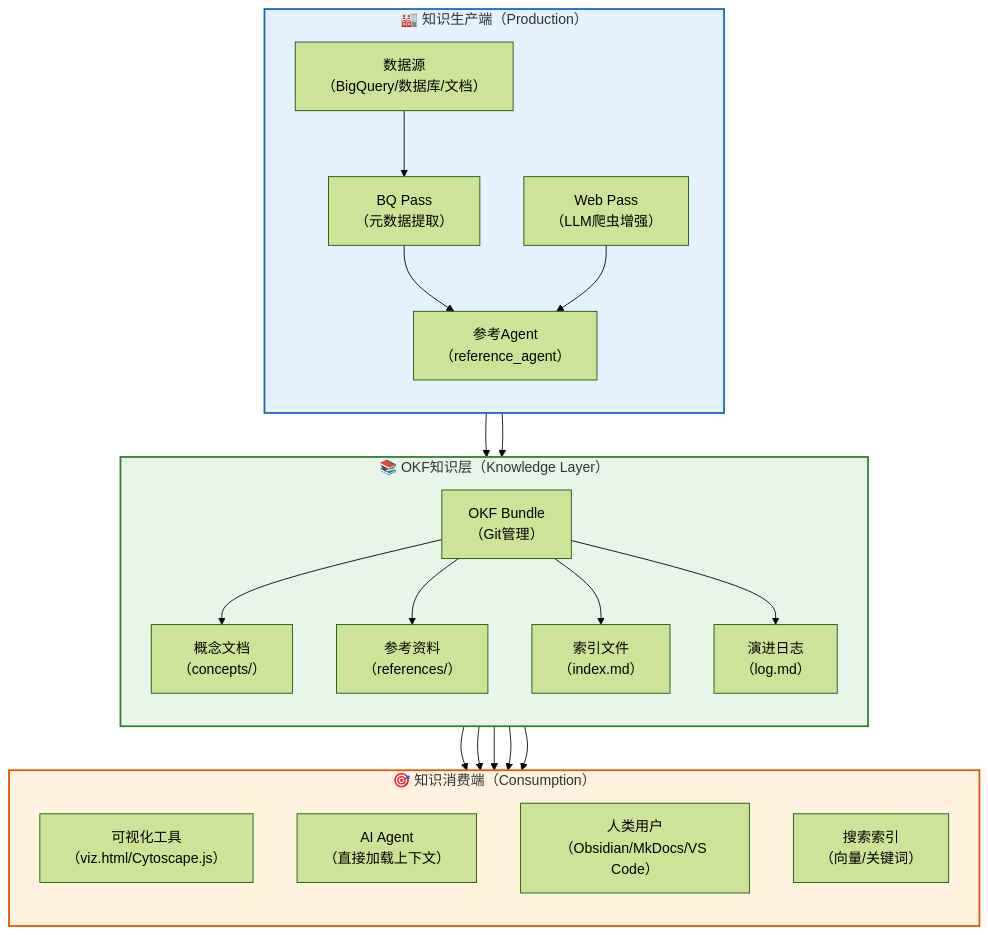
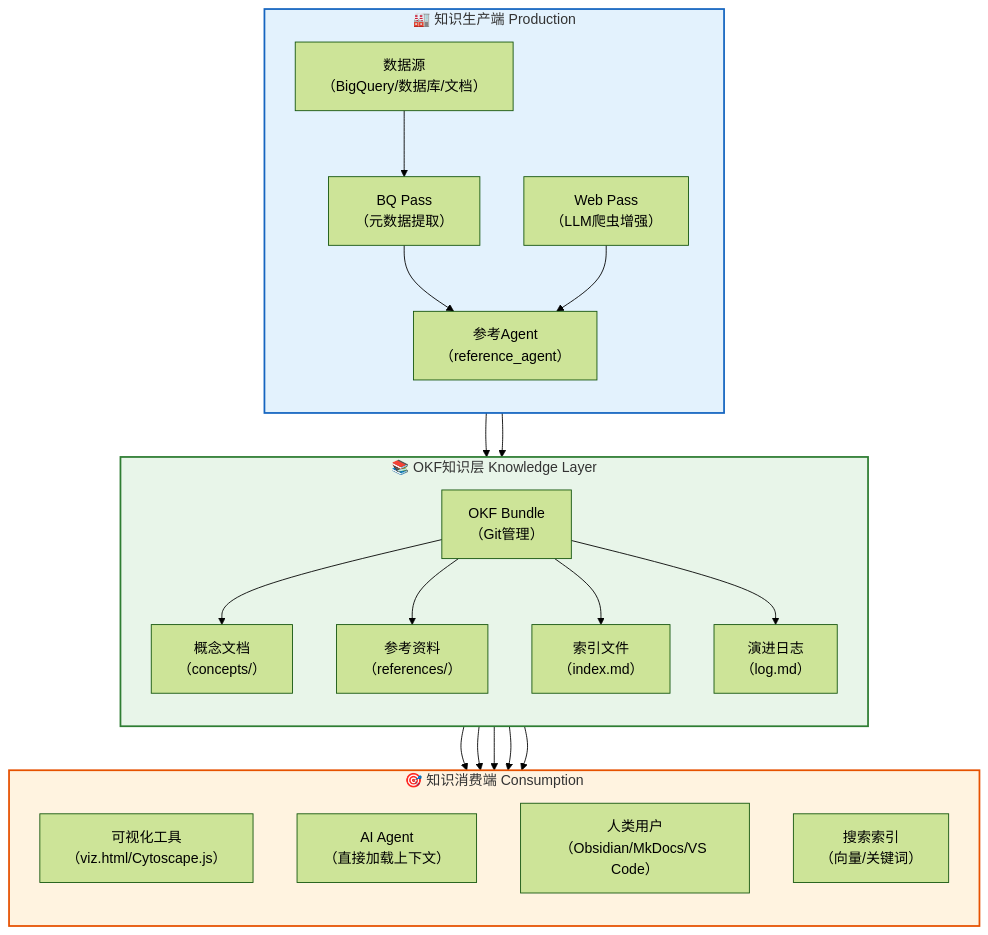
One commit to xinetzone/SpecWeave changed the first of 2 diagrams in .agents/docs/knowledge/learning/01-agent-protocols-interfaces/knowledge-catalog-wiki/00-overview.md. Above: the diagram before and after it, drawn with Mermaid (forest theme). The commit also changed 3 other files, not shown here.

First line of the commit message:
fix(mermaid): 修复knowledge-catalog-wiki中9个Mermaid图表渲染兼容性问题

````diff
--- a/.agents/docs/knowledge/learning/01-agent-protocols-interfaces/knowledge-catalog-wiki/00-overview.md
+++ b/.agents/docs/knowledge/learning/01-agent-protocols-interfaces/knowledge-catalog-wiki/00-overview.md
@@ -110,49 +110,49 @@
 ```mermaid
 flowchart TB
-    subgraph 生产端["🏭 知识生产端（Production）"]
+    subgraph Producers["🏭 知识生产端 Production"]
         direction TB
         Sources["数据源<br/>（BigQuery/数据库/文档）"]
         BQPass["BQ Pass<br/>（元数据提取）"]
         WebPass["Web Pass<br/>（LLM爬虫增强）"]
         RefAgent["参考Agent<br/>（reference_agent）"]
     end
     
-    subgraph 知识层["📚 OKF知识层（Knowledge Layer）"]
+    subgraph KnowledgeLayer["📚 OKF知识层 Knowledge Layer"]
         direction TB
         Bundle["OKF Bundle<br/>（Git管理）"]
         Concepts["概念文档<br/>（concepts/）"]
         References["参考资料<br/>（references/）"]
         Index["索引文件<br/>（index.md）"]
         Log["演进日志<br/>（log.md）"]
     end
     
-    subgraph 消费端["🎯 知识消费端（Consumption）"]
+    subgraph Consumers["🎯 知识消费端 Consumption"]
         direction TB
         Viz["可视化工具<br/>（viz.html/Cytoscape.js）"]
         Agent["AI Agent<br/>（直接加载上下文）"]
         Human["人类用户<br/>（Obsidian/MkDocs/VS Code）"]
         Search["搜索索引<br/>（向量/关键词）"]
     end
     
-    生产端 --> 知识层
-    知识层 --> 消费端
+    Producers --> KnowledgeLayer
+    KnowledgeLayer --> Consumers
     
     Sources --> BQPass
     BQPass --> RefAgent
     WebPass --> RefAgent
     RefAgent --> Bundle
     
     Bundle --> Concepts
     Bundle --> References
     Bundle --> Index
     Bundle --> Log
     
     Bundle --> Viz
     Bundle --> Agent
     Bundle --> Human
     Bundle --> Search
     
-    style 生产端 fill:#e3f2fd,stroke:#1565c0,stroke-width:2px
-    style 知识层 fill:#e8f5e9,stroke:#2e7d32,stroke-width:2px
-    style 消费端 fill:#fff3e0,stroke:#e65100,stroke-width:2px
+    style Producers fill:#e3f2fd,stroke:#1565c0,stroke-width:2px
+    style KnowledgeLayer fill:#e8f5e9,stroke:#2e7d32,stroke-width:2px
+    style Consumers fill:#fff3e0,stroke:#e65100,stroke-width:2px
 ```
````
